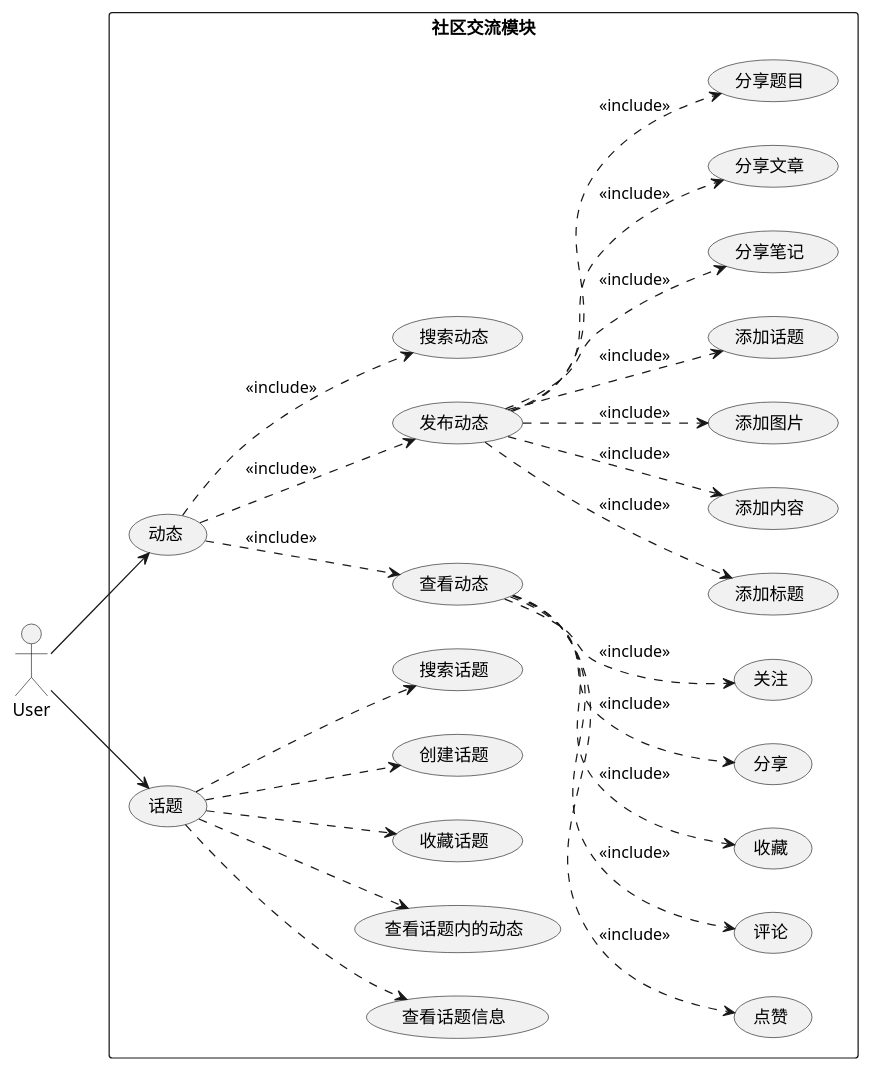
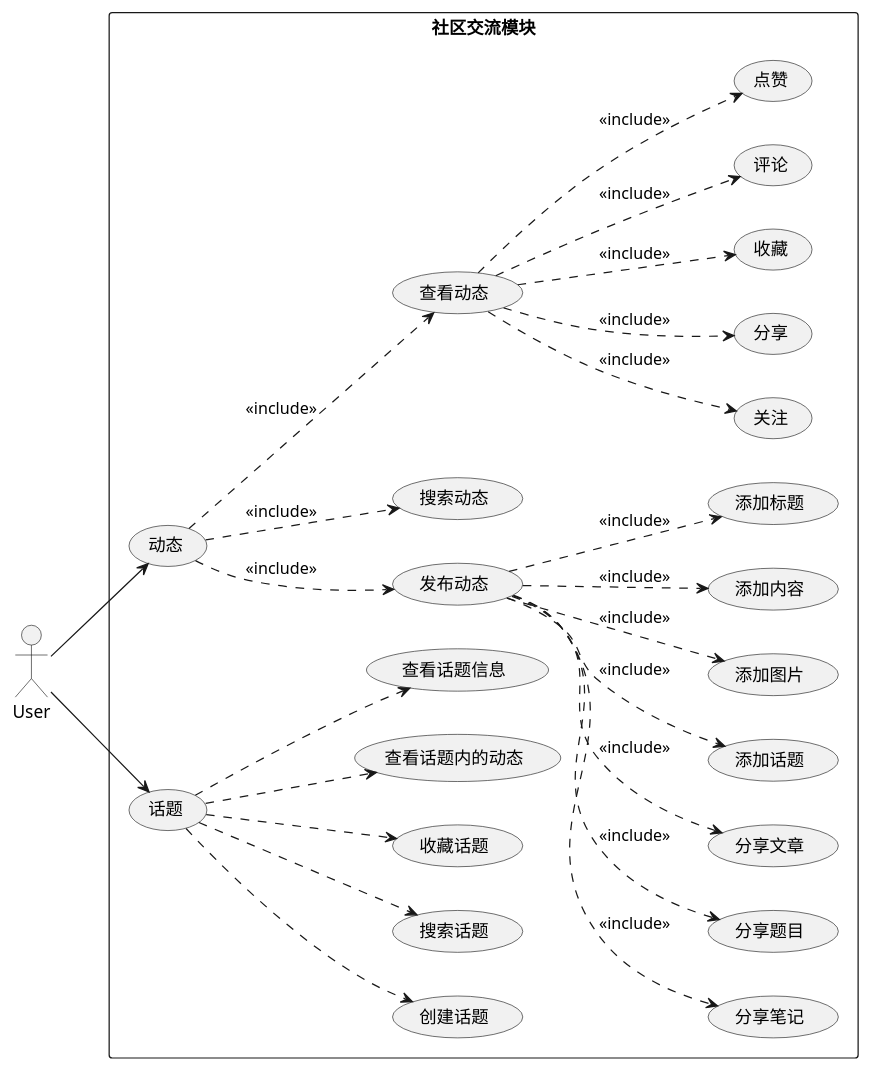
Before and after one commit to zhaoxiao698/ZhiYing-server: the diagram in src/main/java/com/zhaoxiao/uml/user/community.puml, drawn with PlantUML. The commit also changed other lines of this file and 16 other files, not shown here.

```diff
--- a/src/main/java/com/zhaoxiao/uml/user/community.puml
+++ b/src/main/java/com/zhaoxiao/uml/user/community.puml
@@ -1,30 +1,30 @@
 @startuml
 left to right direction
 skinparam packageStyle rectangle
 actor User
 rectangle 社区交流模块 {
   User --> (动态)
-  (动态) ..> (查看动态) : <<include>>
-  (查看动态) ..> (点赞) : <<include>>
-  (查看动态) ..> (评论) : <<include>>
-  (查看动态) ..> (收藏) : <<include>>
-  (查看动态) ..> (分享) : <<include>>
-  (查看动态) ..> (关注) : <<include>>
 '  (查看动态) ..> (举报) : <<include>>
   (动态) ..> (发布动态) : <<include>>
+  (发布动态) ..> (分享笔记) : <<include>>
+  (发布动态) ..> (分享题目) : <<include>>
+  (发布动态) ..> (分享文章) : <<include>>
+  (发布动态) ..> (添加话题) : <<include>>
+  (发布动态) ..> (添加图片) : <<include>>
+  (发布动态) ..> (添加内容) : <<include>>
   (发布动态) ..> (添加标题) : <<include>>
-  (发布动态) ..> (添加内容) : <<include>>
-  (发布动态) ..> (添加图片) : <<include>>
-  (发布动态) ..> (添加话题) : <<include>>
-  (发布动态) ..> (分享笔记) : <<include>>
-  (发布动态) ..> (分享文章) : <<include>>
-  (发布动态) ..> (分享题目) : <<include>>
   (动态) ..> (搜索动态) : <<include>>
+  (动态) ..> (查看动态) : <<include>>
+  (查看动态) ..> (关注) : <<include>>
+  (查看动态) ..> (分享) : <<include>>
+  (查看动态) ..> (收藏) : <<include>>
+  (查看动态) ..> (评论) : <<include>>
+  (查看动态) ..> (点赞) : <<include>>
   User --> (话题)
-  (话题) ..> (查看话题信息)
-  (话题) ..> (查看话题内的动态)
-  (话题) ..> (收藏话题)
   (话题) ..> (创建话题)
   (话题) ..> (搜索话题)
+  (话题) ..> (收藏话题)
+  (话题) ..> (查看话题内的动态)
+  (话题) ..> (查看话题信息)
 }
 @enduml
```
